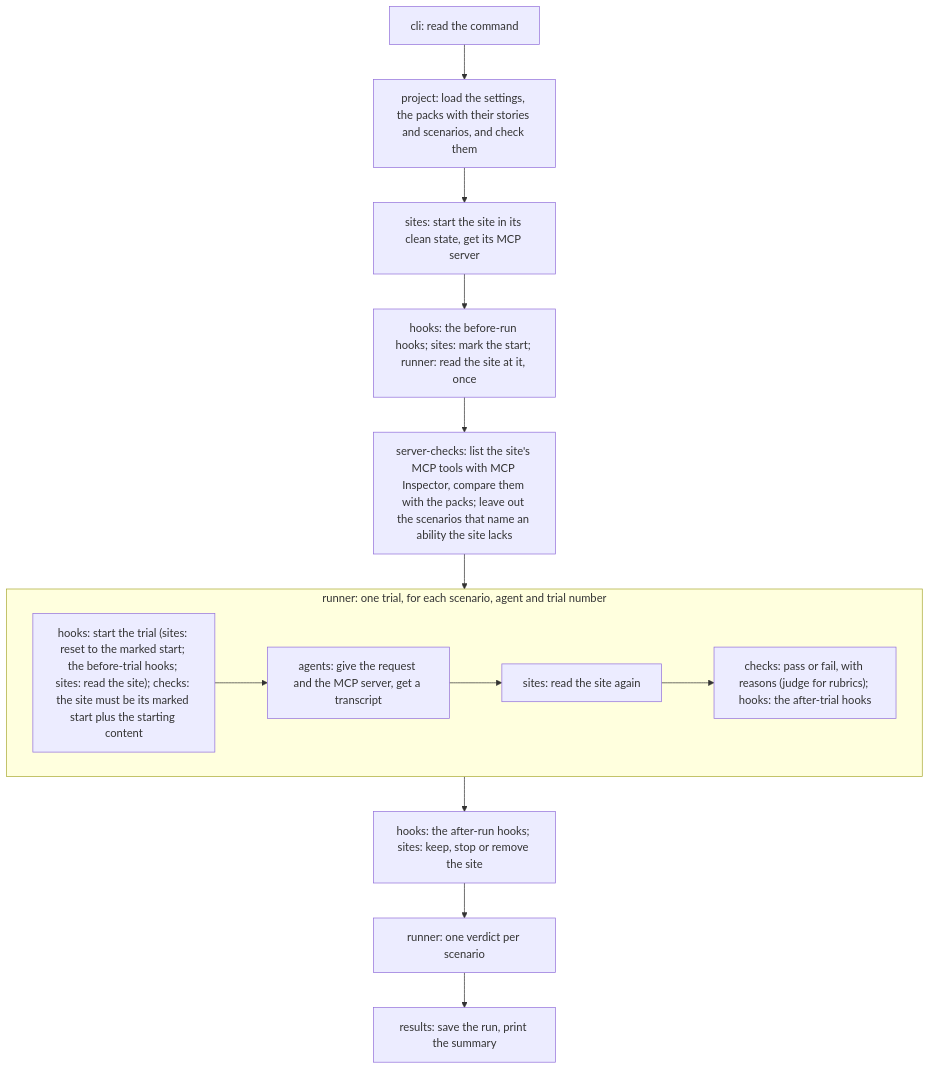
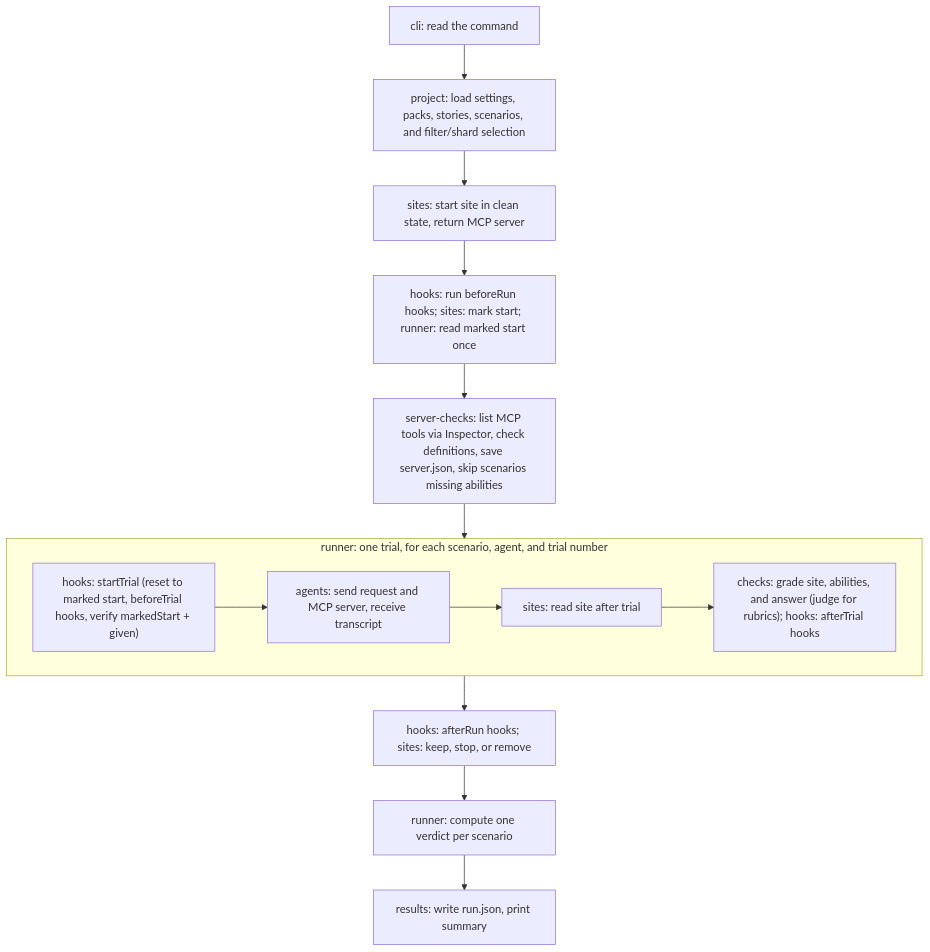
Before and after one commit to Automattic/wp-ability-evals: the second of 2 diagrams in docs/architecture.md, drawn with Mermaid. The commit also changed other lines of this file and 11 other files, not shown here.

````diff
--- a/docs/architecture.md
+++ b/docs/architecture.md
@@ -33,16 +48,16 @@
 ```mermaid
 flowchart TD
-  CLI["cli: read the command"] --> LOAD["project: load the settings, the packs with their stories and scenarios, and check them"]
-  LOAD --> START["sites: start the site in its clean state, get its MCP server"]
-  START --> BEFORE["hooks: the before-run hooks; sites: mark the start; runner: read the site at it, once"]
-  BEFORE --> SC["server-checks: list the site's MCP tools with MCP Inspector, compare them with the packs; leave out the scenarios that name an ability the site lacks"]
+  CLI["cli: read the command"] --> LOAD["project: load settings, packs, stories, scenarios, and filter/shard selection"]
+  LOAD --> START["sites: start site in clean state, return MCP server"]
+  START --> BEFORE["hooks: run beforeRun hooks; sites: mark start; runner: read marked start once"]
+  BEFORE --> SC["server-checks: list MCP tools via Inspector, check definitions, save server.json, skip scenarios missing abilities"]
   SC --> TRIAL
-  subgraph TRIAL["runner: one trial, for each scenario, agent and trial number"]
-    R["hooks: start the trial (sites: reset to the marked start; the before-trial hooks; sites: read the site); checks: the site must be its marked start plus the starting content"] --> A["agents: give the request and the MCP server, get a transcript"]
-    A --> S["sites: read the site again"]
-    S --> C["checks: pass or fail, with reasons (judge for rubrics); hooks: the after-trial hooks"]
+  subgraph TRIAL["runner: one trial, for each scenario, agent, and trial number"]
+    R["hooks: startTrial (reset to marked start, beforeTrial hooks, verify markedStart + given)"] --> A["agents: send request and MCP server, receive transcript"]
+    A --> S["sites: read site after trial"]
+    S --> C["checks: grade site, abilities, and answer (judge for rubrics); hooks: afterTrial hooks"]
   end
-  TRIAL --> AFTER["hooks: the after-run hooks; sites: keep, stop or remove the site"]
-  AFTER --> V["runner: one verdict per scenario"]
-  V --> OUT["results: save the run, print the summary"]
+  TRIAL --> AFTER["hooks: afterRun hooks; sites: keep, stop, or remove"]
+  AFTER --> V["runner: compute one verdict per scenario"]
+  V --> OUT["results: write run.json, print summary"]
 ```
````
